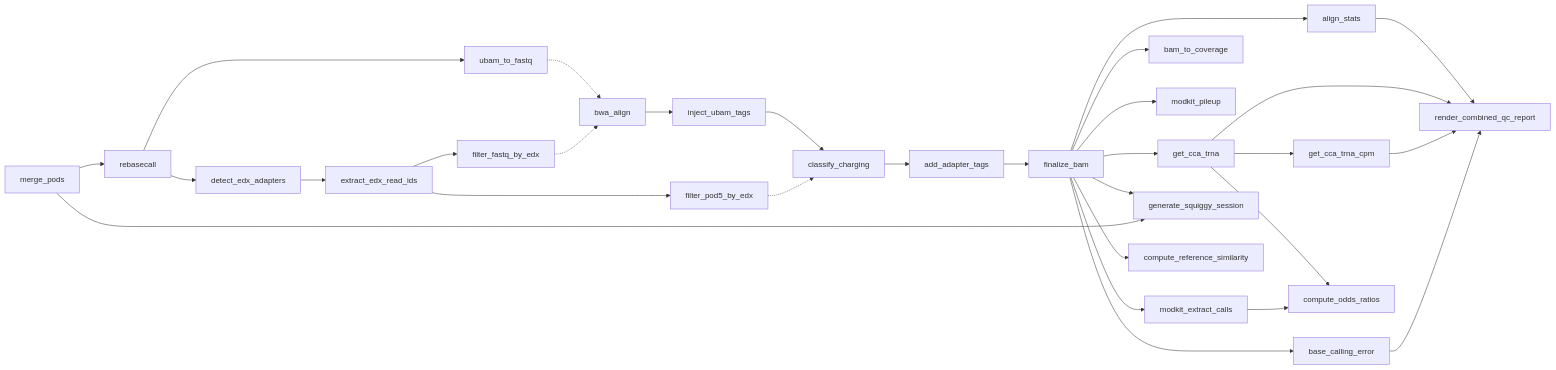
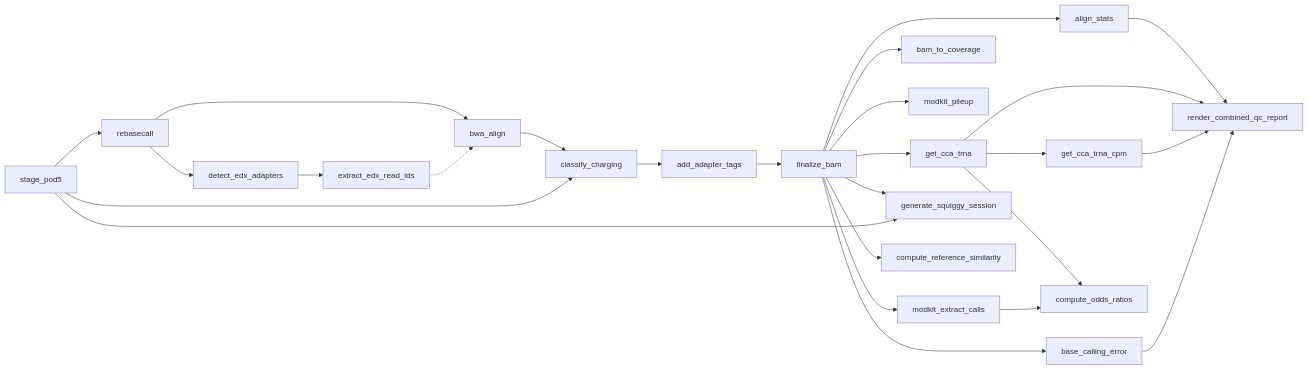
Before and after one commit to rnabioco/aa-tRNA-seq-pipeline: the diagram in docs/workflow/rules-reference.md, drawn with Mermaid. The commit also changed other lines of this file and 27 other files, not shown here.

First line of the commit message:
perf(process)!: stream dorado tags through bwa and stop copying POD5 (#154)

````diff
--- a/docs/workflow/rules-reference.md
+++ b/docs/workflow/rules-reference.md
@@ -700,32 +671,28 @@
 ```mermaid
 flowchart LR
-    merge_pods --> rebasecall
-    rebasecall --> ubam_to_fastq
+    stage_pod5 --> rebasecall
+    rebasecall --> bwa_align
     rebasecall --> detect_edx_adapters
     detect_edx_adapters --> extract_edx_read_ids
-    extract_edx_read_ids --> filter_fastq_by_edx
-    extract_edx_read_ids --> filter_pod5_by_edx
-    ubam_to_fastq -.-> bwa_align
-    filter_fastq_by_edx -.-> bwa_align
-    bwa_align --> inject_ubam_tags
-    inject_ubam_tags --> classify_charging
-    filter_pod5_by_edx -.-> classify_charging
+    extract_edx_read_ids -.-> bwa_align
+    bwa_align --> classify_charging
+    stage_pod5 --> classify_charging
     classify_charging --> add_adapter_tags
     add_adapter_tags --> finalize_bam
     finalize_bam --> get_cca_trna
     finalize_bam --> base_calling_error
     finalize_bam --> align_stats
     finalize_bam --> bam_to_coverage
     finalize_bam --> modkit_pileup
     finalize_bam --> modkit_extract_calls
     get_cca_trna --> get_cca_trna_cpm
     get_cca_trna --> compute_odds_ratios
     modkit_extract_calls --> compute_odds_ratios
     finalize_bam --> generate_squiggy_session
-    merge_pods --> generate_squiggy_session
+    stage_pod5 --> generate_squiggy_session
     finalize_bam --> compute_reference_similarity
     align_stats --> render_combined_qc_report
     get_cca_trna --> render_combined_qc_report
     get_cca_trna_cpm --> render_combined_qc_report
     base_calling_error --> render_combined_qc_report
 ```
````
